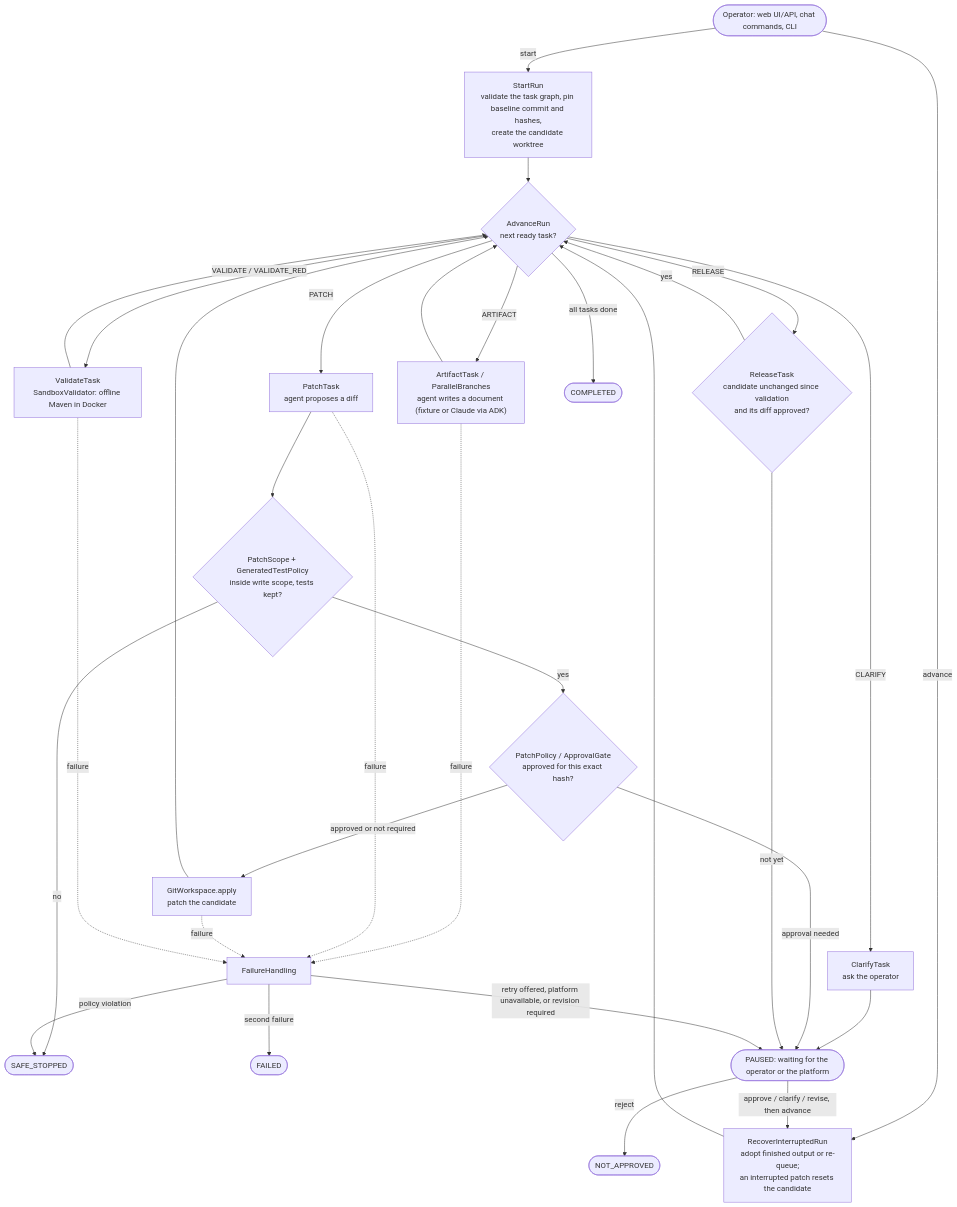
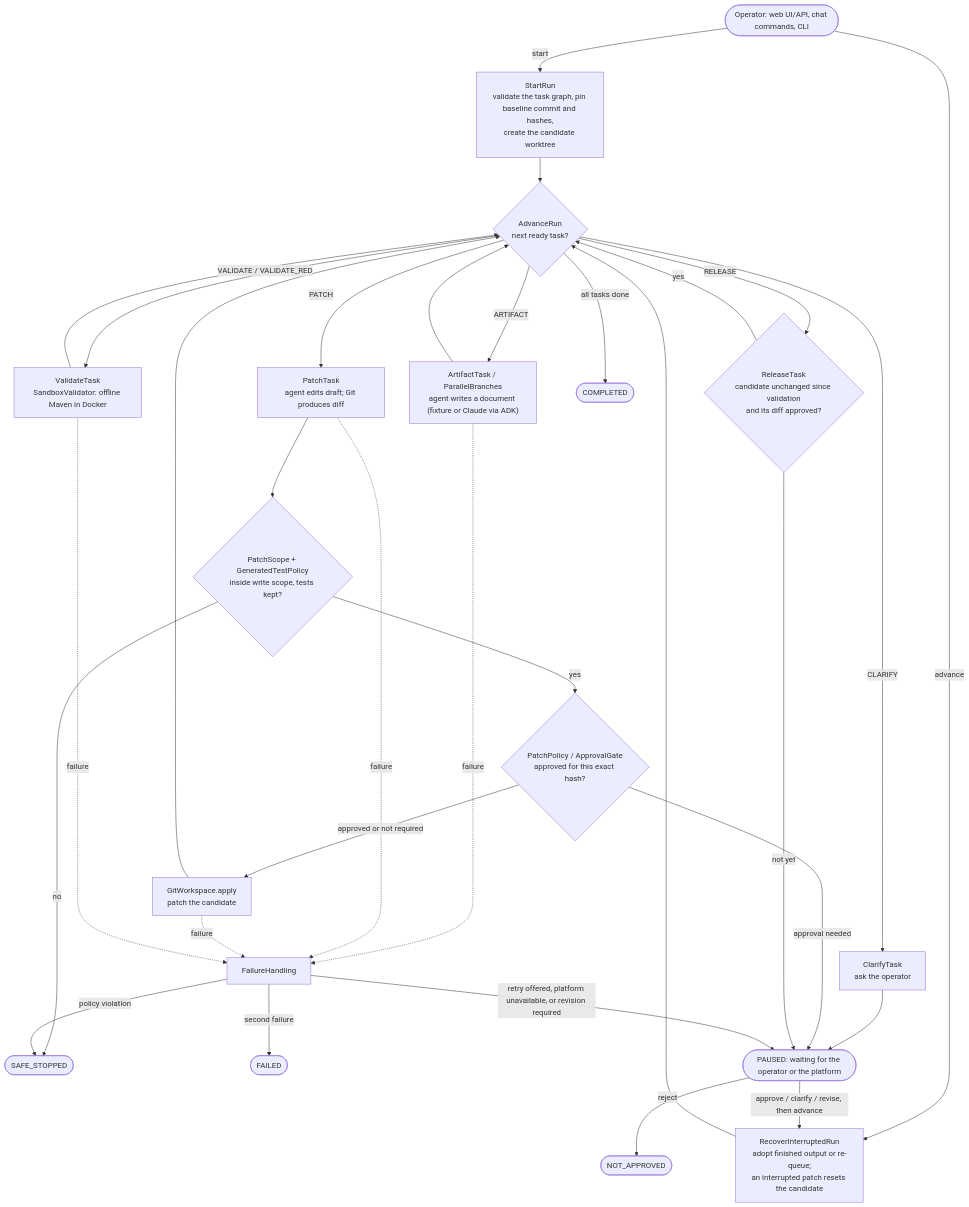
One commit to BigPhilsnr/software-factory changed the first of 3 diagrams in factory/README.md. Above: the diagram before and after it, drawn with Mermaid. The commit also changed other lines of this file and 89 other files, not shown here.

````diff
--- a/factory/README.md
+++ b/factory/README.md
@@ -9,42 +9,42 @@
 ```mermaid
 flowchart TD
     operator(["Operator: web UI/API, chat commands, CLI"])
     start["StartRun<br/>validate the task graph, pin baseline commit and hashes,<br/>create the candidate worktree"]
     advance{"AdvanceRun<br/>next ready task?"}
     recover["RecoverInterruptedRun<br/>adopt finished output or re-queue;<br/>an interrupted patch resets the candidate"]
     clarify["ClarifyTask<br/>ask the operator"]
     artifact["ArtifactTask / ParallelBranches<br/>agent writes a document (fixture or Claude via ADK)"]
-    patch["PatchTask<br/>agent proposes a diff"]
+    patch["PatchTask<br/>agent edits draft; Git produces diff"]
     policy{"PatchScope + GeneratedTestPolicy<br/>inside write scope, tests kept?"}
     gate{"PatchPolicy / ApprovalGate<br/>approved for this exact hash?"}
     apply["GitWorkspace.apply<br/>patch the candidate"]
     validate["ValidateTask<br/>SandboxValidator: offline Maven in Docker"]
     release{"ReleaseTask<br/>candidate unchanged since validation<br/>and its diff approved?"}
     failure["FailureHandling"]
     completed(["COMPLETED"])
     safestop(["SAFE_STOPPED"])
     failed(["FAILED"])
     rejected(["NOT_APPROVED"])
     paused(["PAUSED: waiting for the operator or the platform"])
 
     operator -->|start| start --> advance
     operator -->|advance| recover --> advance
     advance -->|CLARIFY| clarify --> paused
     advance -->|ARTIFACT| artifact --> advance
     advance -->|PATCH| patch --> policy
     policy -->|no| safestop
     policy -->|yes| gate
     gate -->|approval needed| paused
     gate -->|approved or not required| apply --> advance
     advance -->|VALIDATE / VALIDATE_RED| validate --> advance
     advance -->|RELEASE| release
     release -->|not yet| paused
     release -->|yes| advance
     advance -->|all tasks done| completed
     paused -->|approve / clarify / revise, then advance| recover
     paused -->|reject| rejected
     artifact & patch & apply & validate -. failure .-> failure
     failure -->|policy violation| safestop
     failure -->|retry offered, platform unavailable, or revision required| paused
     failure -->|second failure| failed
 ```
````
